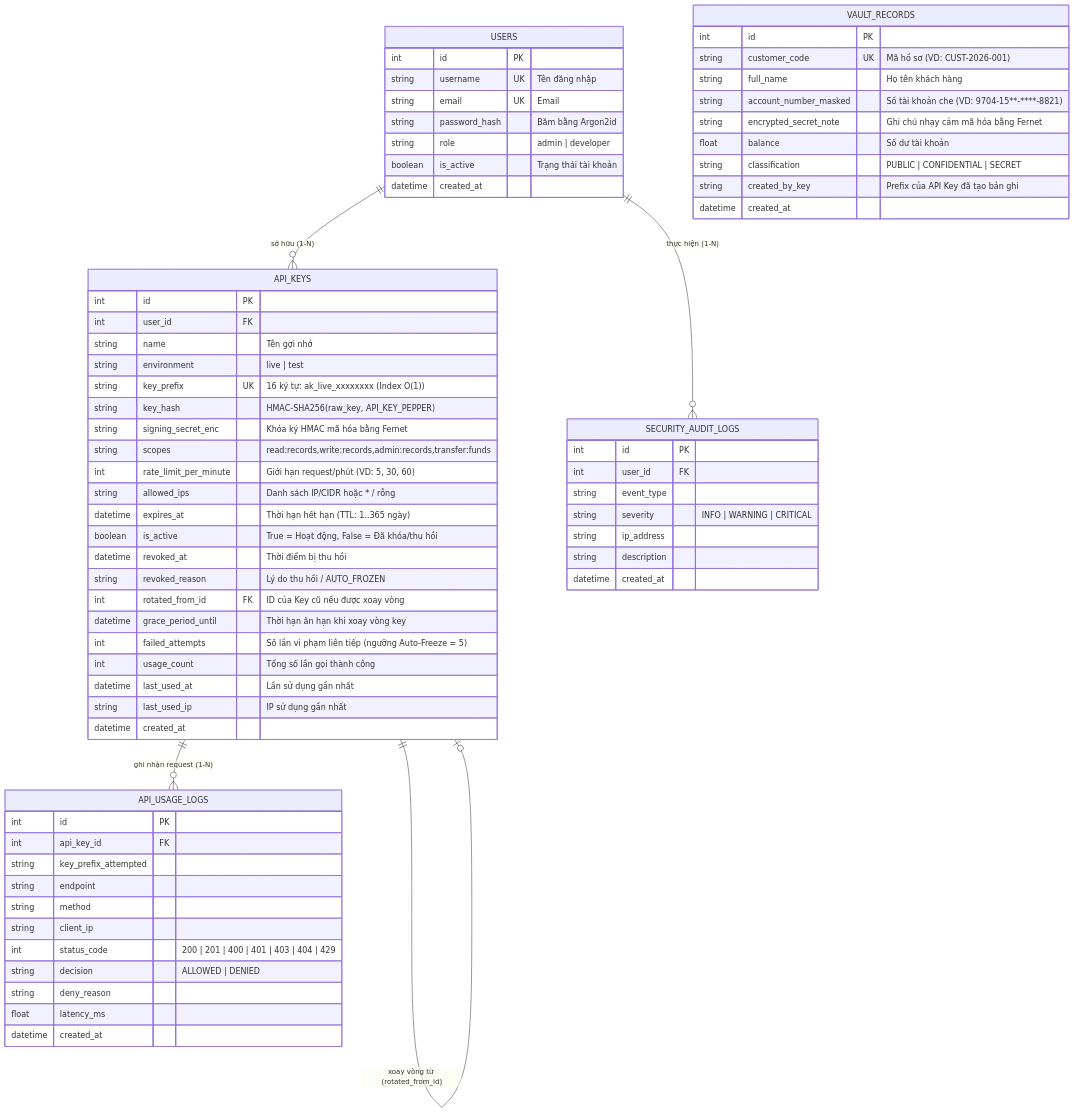
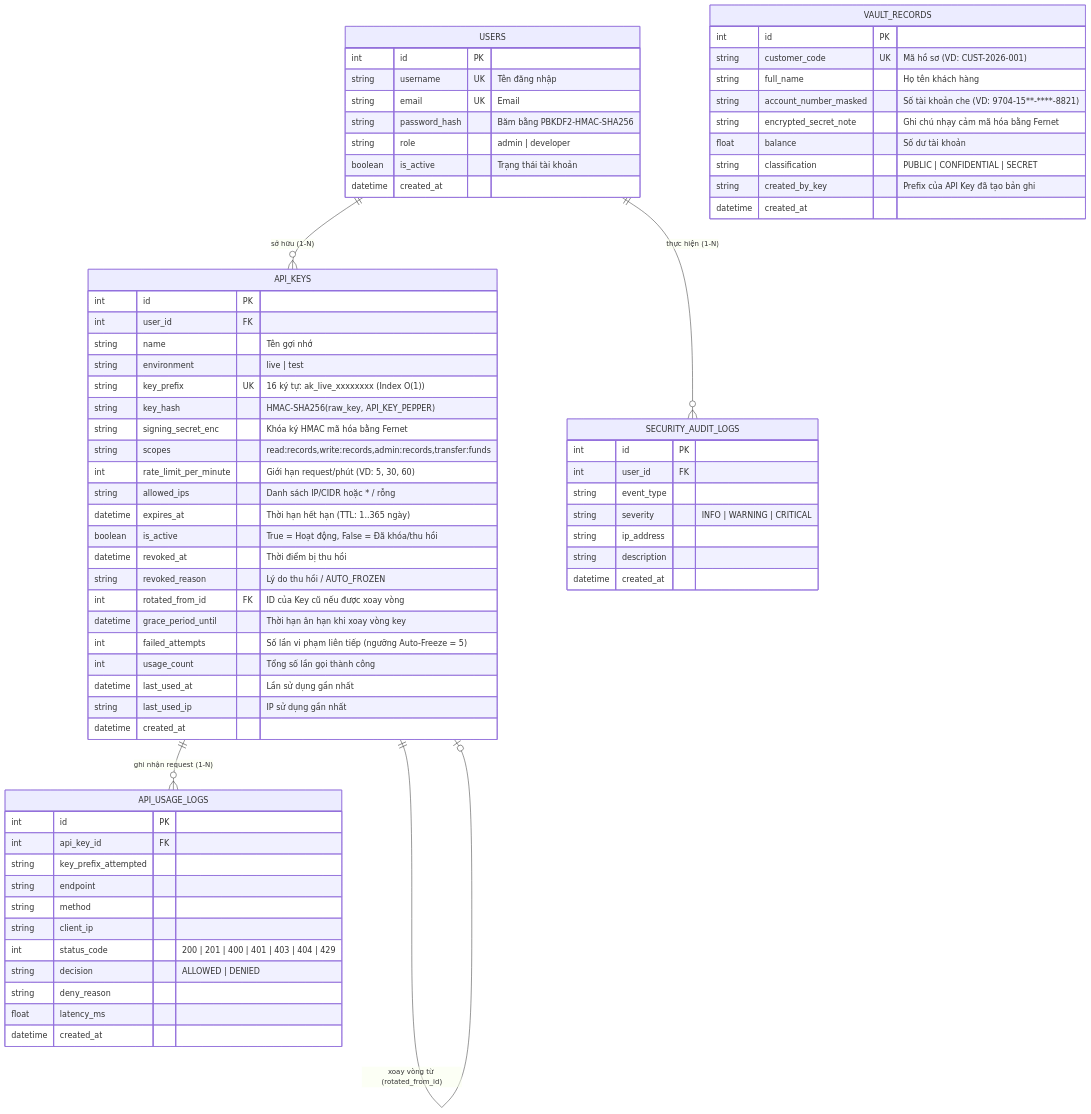
The diagram in DANH_GIA_VA_DE_XUAT.md (dotriihoangg0101-lgtm/ANTT_CUoiKi), drawn with Mermaid before and after one commit. The commit also changed other lines of this file and 60 other files, not shown here.

````diff
--- a/DANH_GIA_VA_DE_XUAT.md
+++ b/DANH_GIA_VA_DE_XUAT.md
@@ -77,77 +77,77 @@
 ```mermaid
 erDiagram
     USERS ||--o{ API_KEYS : "sở hữu (1-N)"
     USERS ||--o{ SECURITY_AUDIT_LOGS : "thực hiện (1-N)"
     API_KEYS ||--o{ API_USAGE_LOGS : "ghi nhận request (1-N)"
     API_KEYS ||--o| API_KEYS : "xoay vòng từ (rotated_from_id)"
 
     USERS {
         int id PK
         string username UK "Tên đăng nhập"
         string email UK "Email"
-        string password_hash "Băm bằng Argon2id"
+        string password_hash "Băm bằng PBKDF2-HMAC-SHA256"
         string role "admin | developer"
         boolean is_active "Trạng thái tài khoản"
         datetime created_at
     }
 
     API_KEYS {
         int id PK
         int user_id FK
         string name "Tên gợi nhớ"
         string environment "live | test"
         string key_prefix UK "16 ký tự: ak_live_xxxxxxxx (Index O(1))"
         string key_hash "HMAC-SHA256(raw_key, API_KEY_PEPPER)"
         string signing_secret_enc "Khóa ký HMAC mã hóa bằng Fernet"
         string scopes "read:records,write:records,admin:records,transfer:funds"
         int rate_limit_per_minute "Giới hạn request/phút (VD: 5, 30, 60)"
         string allowed_ips "Danh sách IP/CIDR hoặc * / rỗng"
         datetime expires_at "Thời hạn hết hạn (TTL: 1..365 ngày)"
         boolean is_active "True = Hoạt động, False = Đã khóa/thu hồi"
         datetime revoked_at "Thời điểm bị thu hồi"
         string revoked_reason "Lý do thu hồi / AUTO_FROZEN"
         int rotated_from_id FK "ID của Key cũ nếu được xoay vòng"
         datetime grace_period_until "Thời hạn ân hạn khi xoay vòng key"
         int failed_attempts "Số lần vi phạm liên tiếp (ngưỡng Auto-Freeze = 5)"
         int usage_count "Tổng số lần gọi thành công"
         datetime last_used_at "Lần sử dụng gần nhất"
         string last_used_ip "IP sử dụng gần nhất"
         datetime created_at
     }
 
     API_USAGE_LOGS {
         int id PK
         int api_key_id FK
         string key_prefix_attempted
         string endpoint
         string method
         string client_ip
         int status_code "200 | 201 | 400 | 401 | 403 | 404 | 429"
         string decision "ALLOWED | DENIED"
         string deny_reason
         float latency_ms
         datetime created_at
     }
 
     SECURITY_AUDIT_LOGS {
         int id PK
         int user_id FK
         string event_type
         string severity "INFO | WARNING | CRITICAL"
         string ip_address
         string description
         datetime created_at
     }
 
     VAULT_RECORDS {
         int id PK
         string customer_code UK "Mã hồ sơ (VD: CUST-2026-001)"
         string full_name "Họ tên khách hàng"
         string account_number_masked "Số tài khoản che (VD: 9704-15**-****-8821)"
         string encrypted_secret_note "Ghi chú nhạy cảm mã hóa bằng Fernet"
         float balance "Số dư tài khoản"
         string classification "PUBLIC | CONFIDENTIAL | SECRET"
         string created_by_key "Prefix của API Key đã tạo bản ghi"
         datetime created_at
     }
 ```
````
